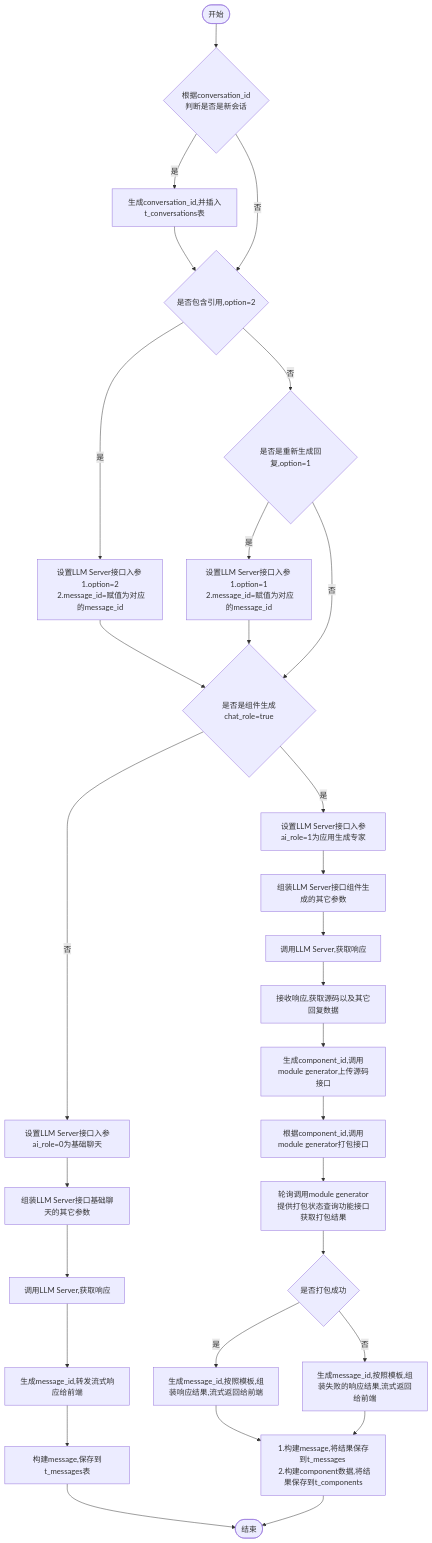
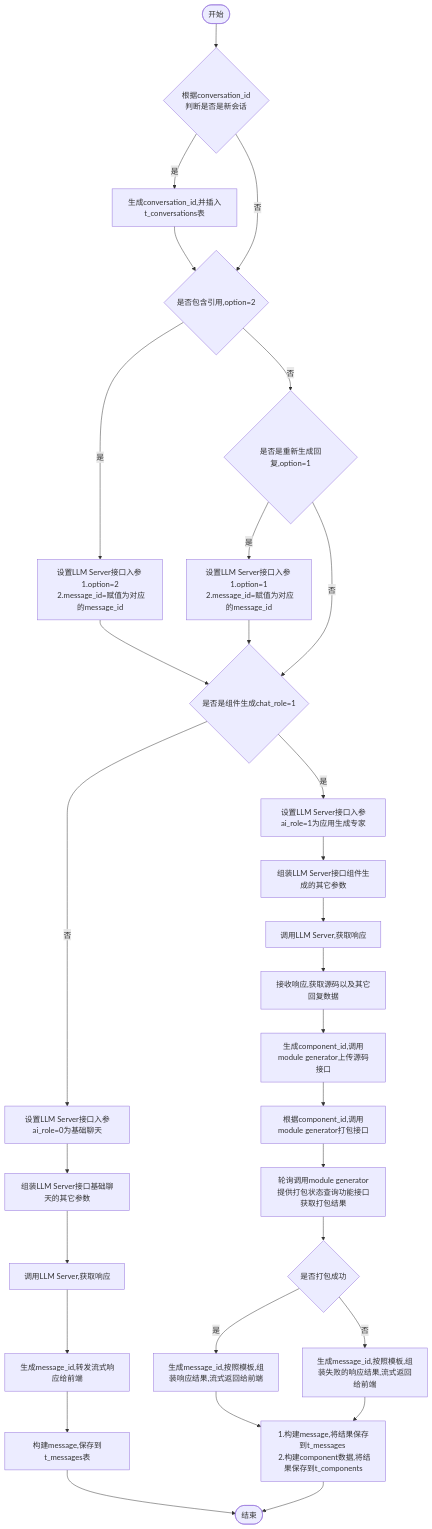
Before and after one commit to yingjianzh/iodraw-files: the diagram in all/w3-会话-不需要传递message.md, drawn with Mermaid.

Commit message:
2024-10-14 11:54:38 update

````diff
--- a/all/w3-会话-不需要传递message.md
+++ b/all/w3-会话-不需要传递message.md
@@ -1,36 +1,36 @@
 ```mermaid
 flowchart TD
     A([开始]) --> B{根据conversation_id \n 判断是否是新会话}
     B -- 是 --> C[生成conversation_id,并插入t_conversations表]
     C --> D
     B -- 否 --> D{是否包含引用,option=2}
     D -- 是 --> E[设置LLM Server接口入参 \n 1.option=2 \n 2.message_id=赋值为对应的message_id]
     D -- 否 --> F{是否是重新生成回复,option=1}
     F -- 是 --> G[设置LLM Server接口入参 \n 1.option=1 \n 2.message_id=赋值为对应的message_id]
     F -- 否 --> I
      
-    E & G --> I{是否是组件生成chat_role=true}
+    E & G --> I{是否是组件生成chat_role=1}
     I -- 否 --> K[设置LLM Server接口入参ai_role=0为基础聊天]
     I -- 是 --> J[设置LLM Server接口入参ai_role=1为应用生成专家]
     
 
     J --> L[组装LLM Server接口组件生成的其它参数]    
     K --> M[组装LLM Server接口基础聊天的其它参数]    
     M --> N[调用LLM Server,获取响应]    
     N --> O[生成message_id,转发流式响应给前端]
     O --> P[构建message,保存到t_messages表]
     P --> R([结束])
 
 
     L --> S[调用LLM Server,获取响应]
     S --> T[接收响应,获取源码以及其它回复数据]
     T --> U[生成component_id,调用module generator上传源码接口]
     U --> V[根据component_id,调用module generator打包接口]
     V --> W[轮询调用module generator提供打包状态查询功能接口获取打包结果]
     W --> X{是否打包成功}
     X -- 是 --> Y[生成message_id,按照模板,组装响应结果,流式返回给前端]
     X -- 否 --> Z[生成message_id,按照模板,组装失败的响应结果,流式返回给前端]
 
     Y & Z --> Result[1.构建message,将结果保存到t_messages \n 2.构建component数据,将结果保存到t_components]
     Result --> R
 ```
````
